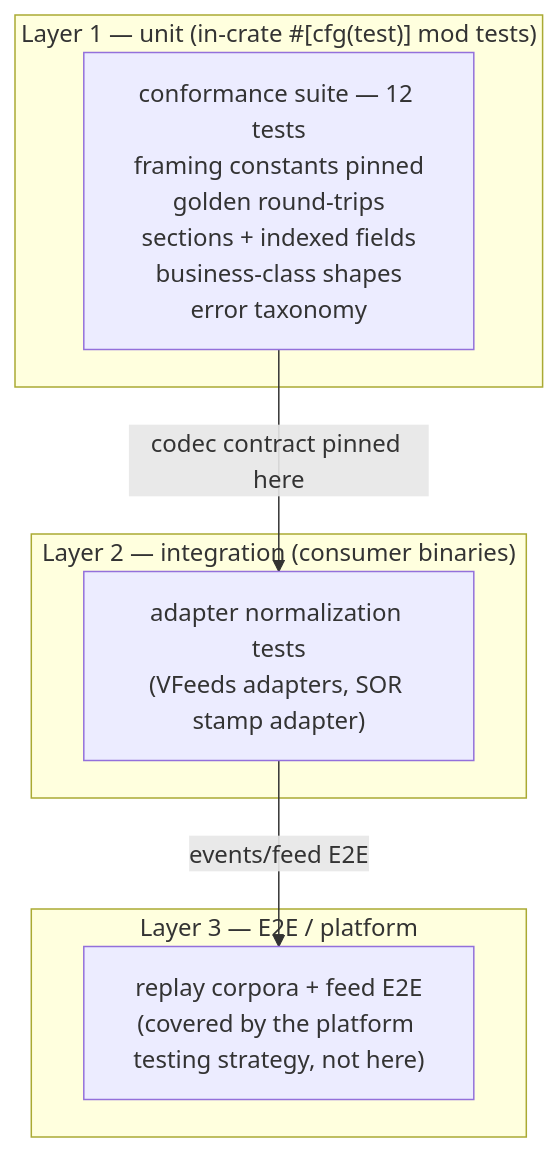
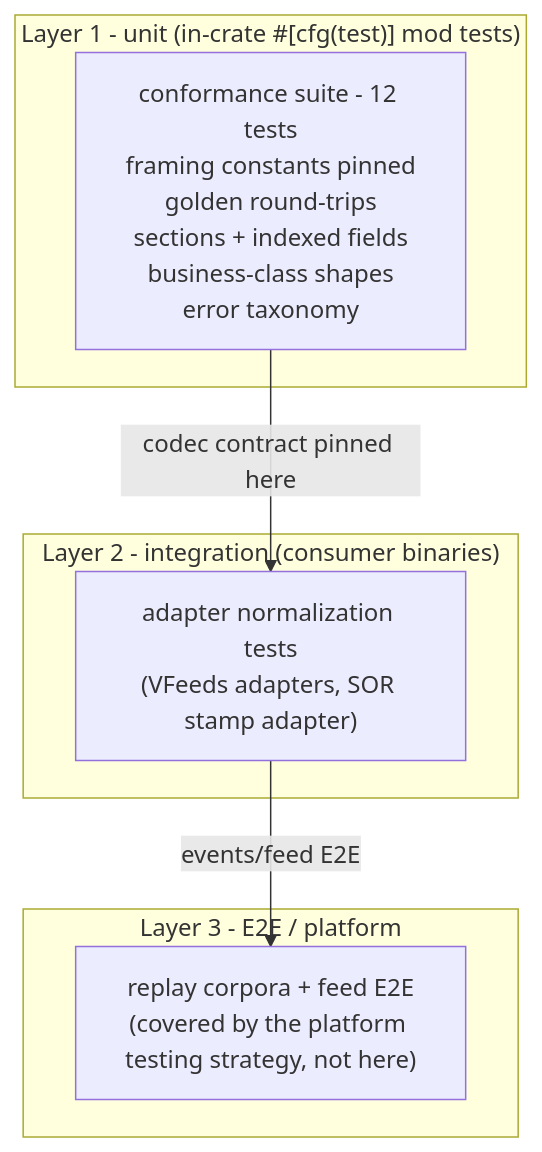
The seventh of 7 diagrams in crates/stamp/DESIGN.md (Exchange8-dev/exchange8-sdk), drawn with Mermaid before and after one commit. The commit also changed other lines of this file and 60 other files, not shown here.

````diff
--- a/crates/stamp/DESIGN.md
+++ b/crates/stamp/DESIGN.md
@@ -342,13 +342,13 @@
 ```mermaid
 graph TD
-    subgraph P1["Layer 1 — unit (in-crate #[cfg(test)] mod tests)"]
-        U1["conformance suite — 12 tests<br/>framing constants pinned<br/>golden round-trips<br/>sections + indexed fields<br/>business-class shapes<br/>error taxonomy"]
+    subgraph P1["Layer 1 - unit (in-crate #[cfg(test)] mod tests)"]
+        U1["conformance suite - 12 tests<br/>framing constants pinned<br/>golden round-trips<br/>sections + indexed fields<br/>business-class shapes<br/>error taxonomy"]
     end
-    subgraph P2["Layer 2 — integration (consumer binaries)"]
+    subgraph P2["Layer 2 - integration (consumer binaries)"]
         U2["adapter normalization tests<br/>(VFeeds adapters, SOR stamp adapter)"]
     end
-    subgraph P3["Layer 3 — E2E / platform"]
+    subgraph P3["Layer 3 - E2E / platform"]
         U3["replay corpora + feed E2E<br/>(covered by the platform testing strategy, not here)"]
     end
     U1 -->|"codec contract pinned here"| U2 -->|"events/feed E2E"| U3
 ```
````
